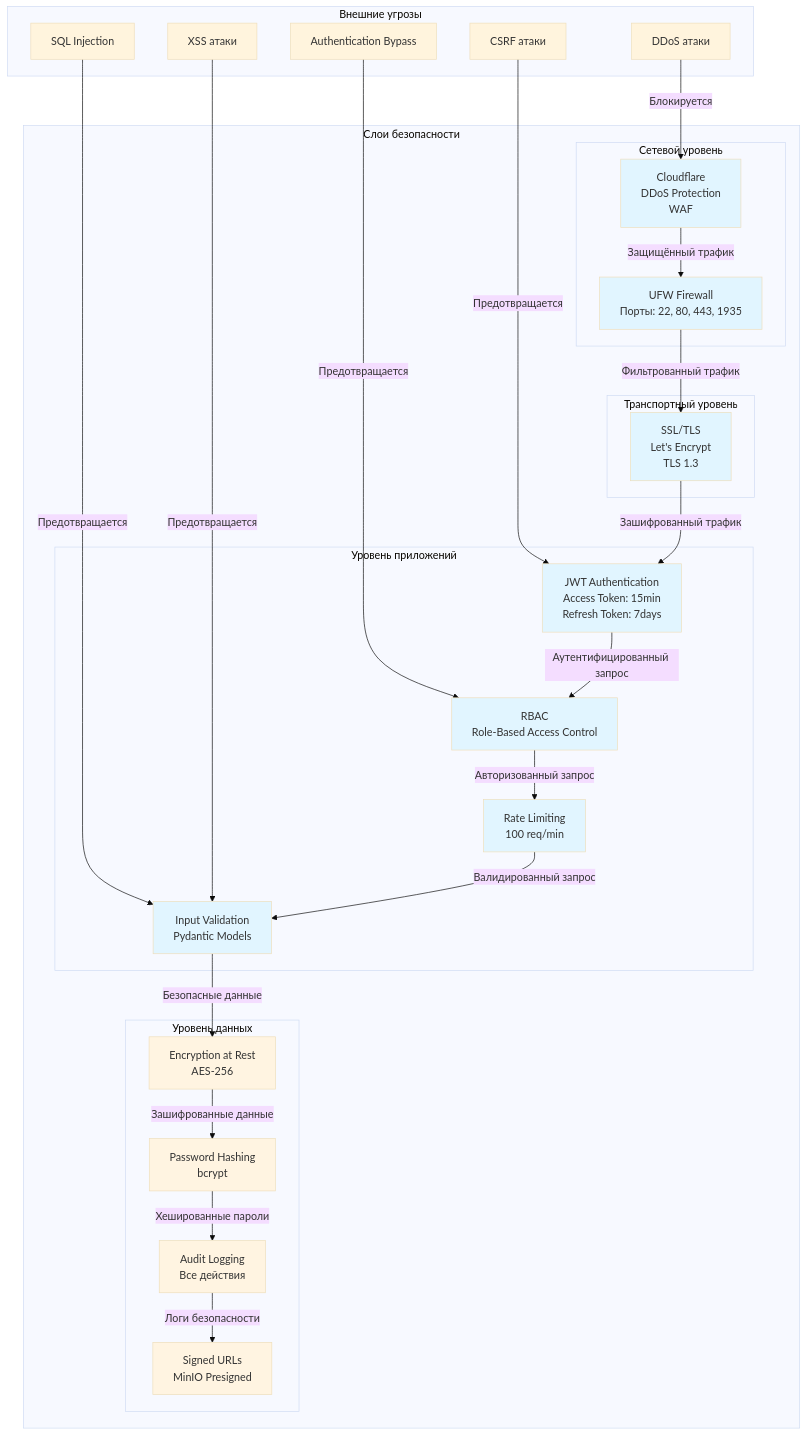
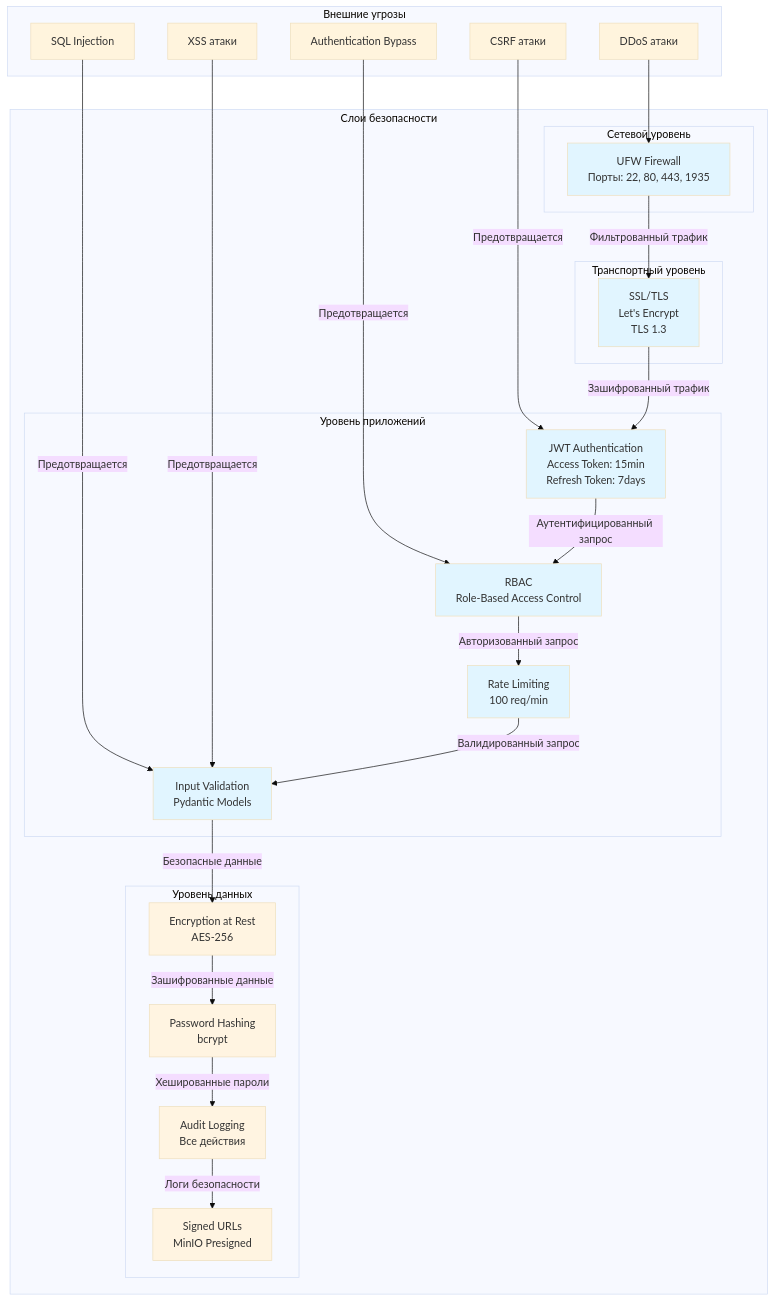
One commit to LutiyCrocodile/VDep changed the third of 10 diagrams in ARCHITECTURE_DIAGRAMS.md. Above: the diagram before and after it, drawn with Mermaid (base theme).

````diff
--- a/ARCHITECTURE_DIAGRAMS.md
+++ b/ARCHITECTURE_DIAGRAMS.md
@@ -263,64 +263,61 @@
 ```mermaid
 graph TB
     subgraph "Слои безопасности"
         subgraph "Сетевой уровень"
             Firewall[UFW Firewall<br/>Порты: 22, 80, 443, 1935]
-            Cloudflare[Cloudflare<br/>DDoS Protection<br/>WAF]
         end
         
         subgraph "Транспортный уровень"
             SSL[SSL/TLS<br/>Let's Encrypt<br/>TLS 1.3]
         end
         
         subgraph "Уровень приложений"
             JWT[JWT Authentication<br/>Access Token: 15min<br/>Refresh Token: 7days]
             RBAC[RBAC<br/>Role-Based Access Control]
             RateLimit[Rate Limiting<br/>100 req/min]
             InputVal[Input Validation<br/>Pydantic Models]
         end
         
         subgraph "Уровень данных"
             Encryption[Encryption at Rest<br/>AES-256]
             Hashing[Password Hashing<br/>bcrypt]
             SignedURL[Signed URLs<br/>MinIO Presigned]
             Audit[Audit Logging<br/>Все действия]
         end
     end
     
     subgraph "Внешние угрозы"
         DDoS[DDoS атаки]
         SQLi[SQL Injection]
         XSS[XSS атаки]
         CSRF[CSRF атаки]
         AuthBypass[Authentication Bypass]
     end
     
-    DDoS -->|Блокируется| Cloudflare
     SQLi -->|Предотвращается| InputVal
     XSS -->|Предотвращается| InputVal
     CSRF -->|Предотвращается| JWT
     AuthBypass -->|Предотвращается| RBAC
     
-    Cloudflare -->|Защищённый трафик| Firewall
+    DDoS --> Firewall
     Firewall -->|Фильтрованный трафик| SSL
     SSL -->|Зашифрованный трафик| JWT
     JWT -->|Аутентифицированный запрос| RBAC
     RBAC -->|Авторизованный запрос| RateLimit
     RateLimit -->|Валидированный запрос| InputVal
     InputVal -->|Безопасные данные| Encryption
     Encryption -->|Зашифрованные данные| Hashing
     Hashing -->|Хешированные пароли| Audit
     Audit -->|Логи безопасности| SignedURL
     
-    style Cloudflare fill:#e1f5ff
     style Firewall fill:#e1f5ff
     style SSL fill:#e1f5ff
     style JWT fill:#e1f5ff
     style RBAC fill:#e1f5ff
     style RateLimit fill:#e1f5ff
     style InputVal fill:#e1f5ff
     style Encryption fill:#fff4e1
     style Hashing fill:#fff4e1
     style Audit fill:#fff4e1
     style SignedURL fill:#fff4e1
 ```
````
